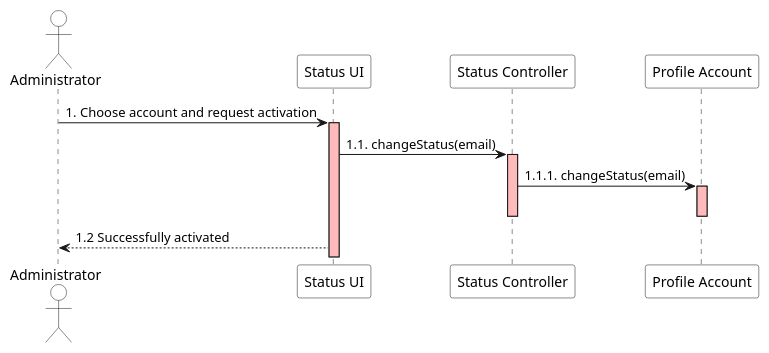
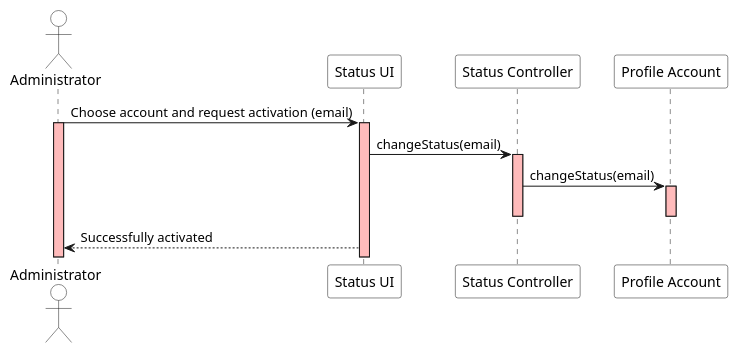
Before and after one commit to ivo-menezes/project_g3: the diagram in docs/modelling_design/user_stories/us006/US006_ActivateUserAccountSD.puml, drawn with PlantUML. The commit also changed 1 other file, not shown here.

Commit message:
US005: Design: US005_InactivateUserAccountSD(New Update) US006: Design: US006_activateUserAccountSD(New Update)

```diff
--- a/docs/modelling_design/user_stories/us006/US006_ActivateUserAccountSD.puml
+++ b/docs/modelling_design/user_stories/us006/US006_ActivateUserAccountSD.puml
@@ -1,21 +1,21 @@
 @startuml
 
 actor Administrator  as Administrator #white
 participant "Status UI" as UI #white
 participant "Status Controller" as Controller #white
 participant "Profile Account" as Account #white
 
 'Administrator ->  Controller : 1.Choose account and request activation
-Administrator ->  UI : 1. Choose account and request activation
+Administrator ->  UI : Choose account and request activation (email)
 activate UI #FFBBBB
 'activate Controller #FFBBBB
-
-UI -> Controller: 1.1. changeStatus(email)
+activate Administrator #FFBBBB
+UI -> Controller: changeStatus(email)
 activate Controller #FFBBBB
-Controller -> Account: 1.1.1. changeStatus(email)
+Controller -> Account: changeStatus(email)
 activate Account #FFBBBB
 deactivate Account
 deactivate Controller
 
-UI --> Administrator: 1.2 Successfully activated
+UI --> Administrator: Successfully activated
 @enduml
```
